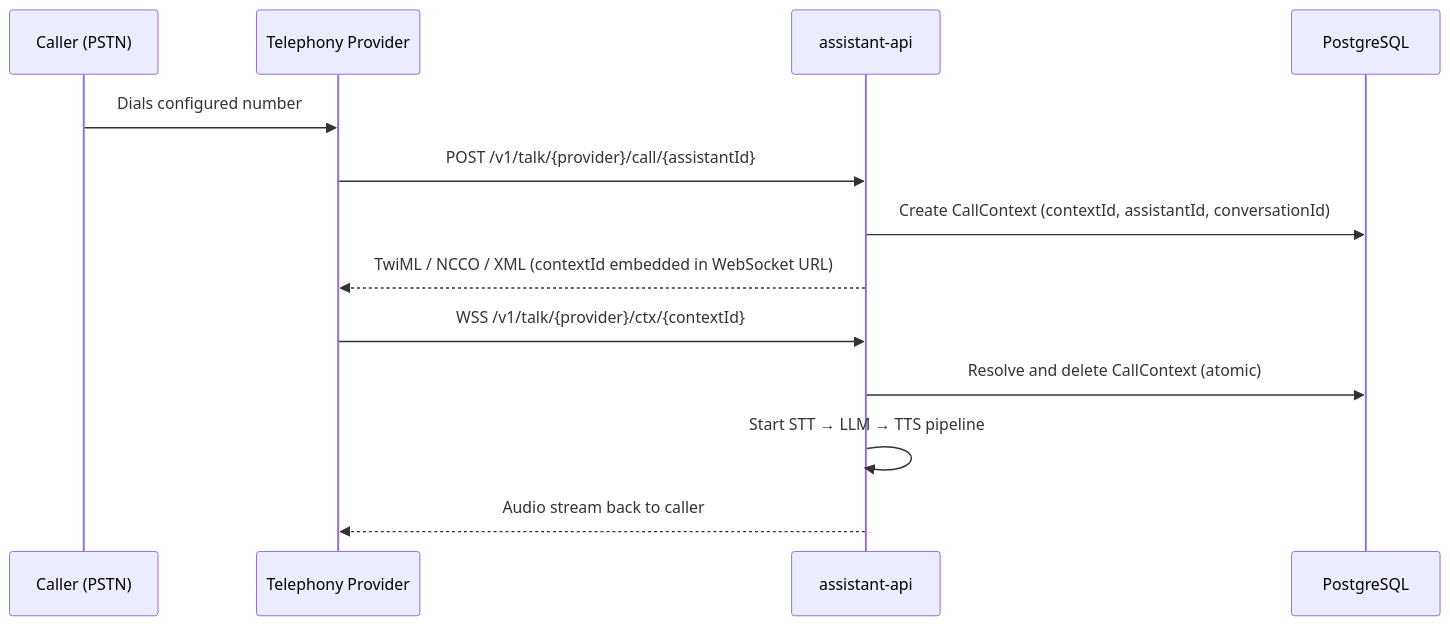
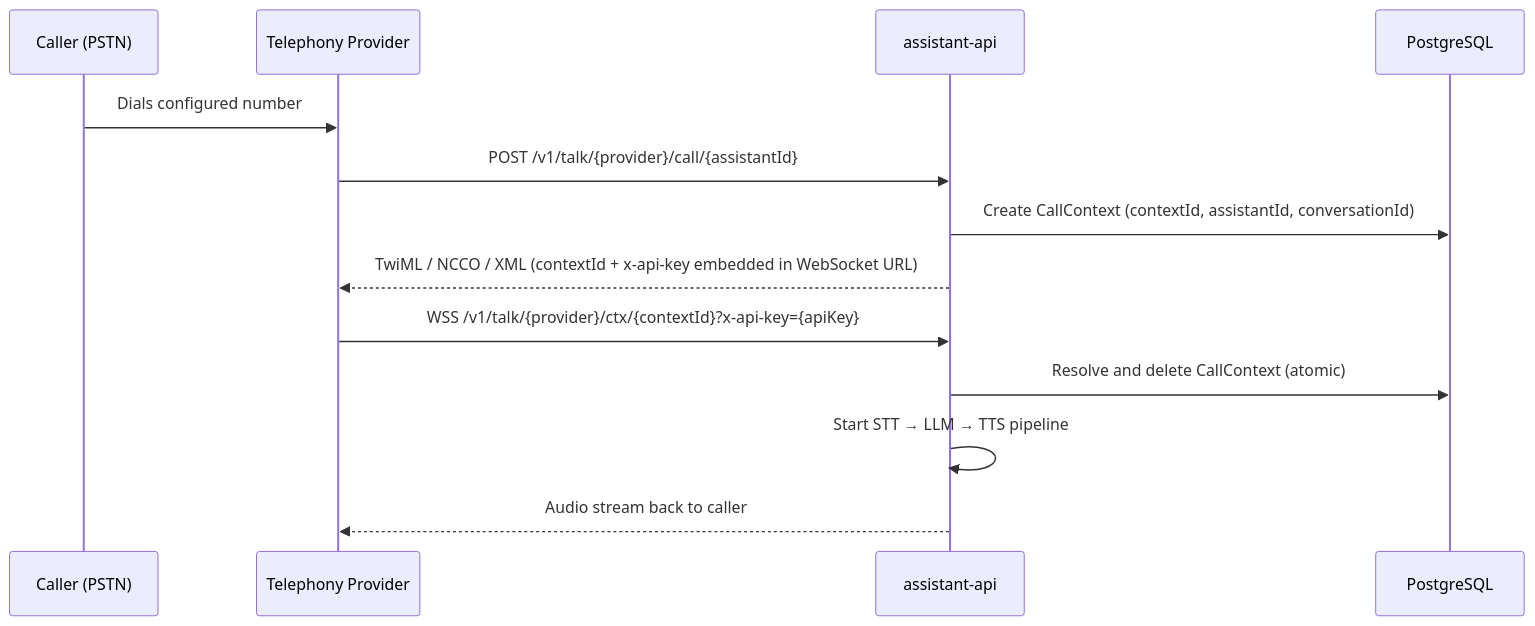
The diagram in opensource/services/assistant-api/telephony/overview.mdx (rapidaai/rapidaai-docs), drawn with Mermaid before and after one commit. The commit also changed other lines of this file and 8 other files, not shown here.

First line of the commit message:
docs: add x-api-key query param to all telephony webhook and WebSocket URLs

````diff
--- a/opensource/services/assistant-api/telephony/overview.mdx
+++ b/opensource/services/assistant-api/telephony/overview.mdx
@@ -67,16 +71,16 @@
 ```mermaid
 sequenceDiagram
     participant Phone as Caller (PSTN)
     participant Provider as Telephony Provider
     participant AS as assistant-api
     participant DB as PostgreSQL
 
     Phone->>Provider: Dials configured number
     Provider->>AS: POST /v1/talk/{provider}/call/{assistantId}
     AS->>DB: Create CallContext (contextId, assistantId, conversationId)
-    AS-->>Provider: TwiML / NCCO / XML (contextId embedded in WebSocket URL)
-    Provider->>AS: WSS /v1/talk/{provider}/ctx/{contextId}
+    AS-->>Provider: TwiML / NCCO / XML (contextId + x-api-key embedded in WebSocket URL)
+    Provider->>AS: WSS /v1/talk/{provider}/ctx/{contextId}?x-api-key={apiKey}
     AS->>DB: Resolve and delete CallContext (atomic)
     AS->>AS: Start STT → LLM → TTS pipeline
     AS-->>Provider: Audio stream back to caller
 ```
````
